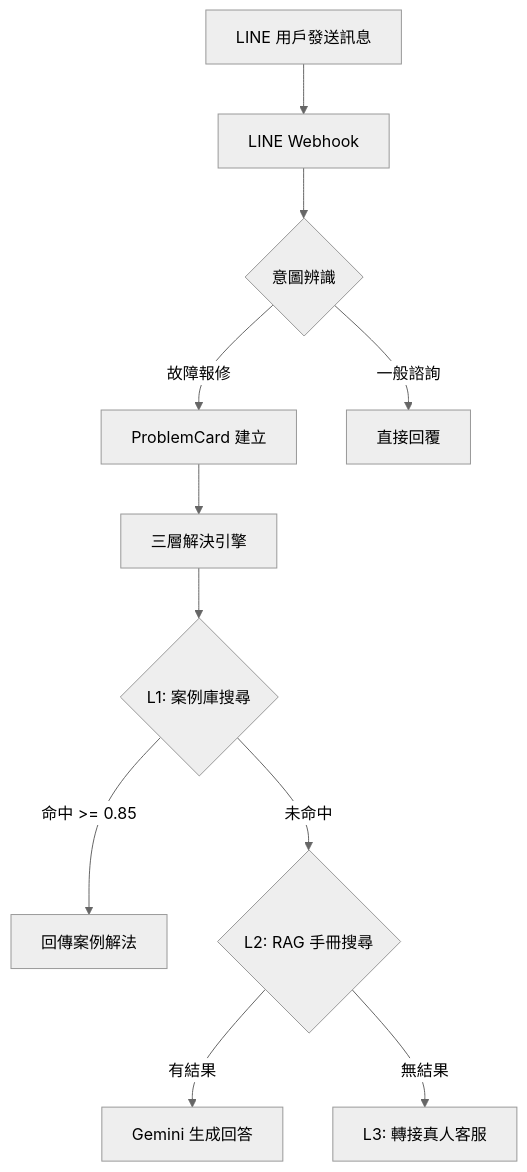
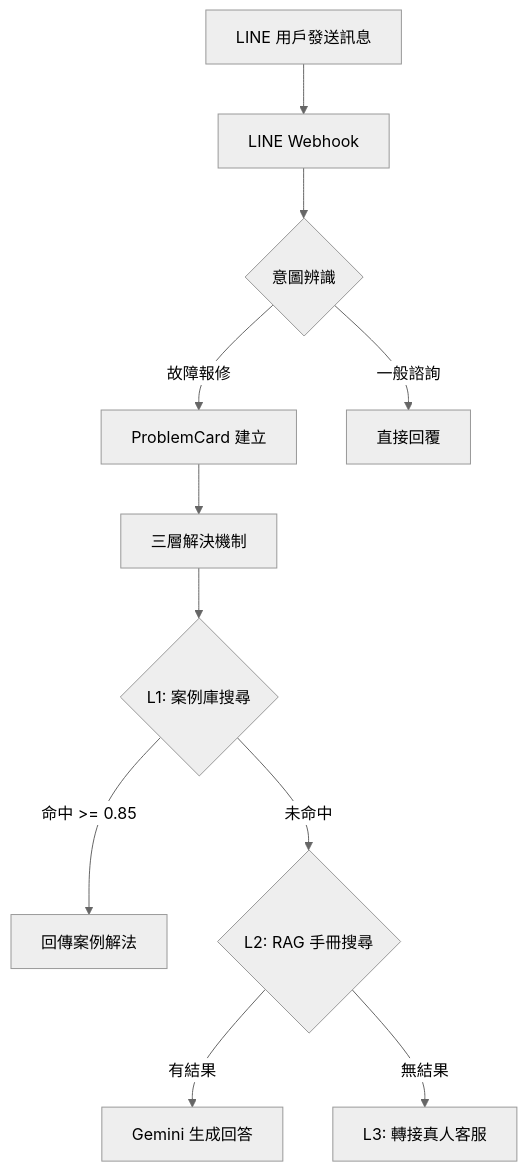
The first of 6 diagrams in docs/project-docs/15_documentation_and_maintenance_guide.md (sunnyDataScience/Smart-Lock_AI_Support_Service_Dispatch_SaaS_Platform), drawn with Mermaid (neutral theme) before and after one commit. The commit also changed other lines of this file and 20 other files, not shown here.

````diff
--- a/docs/project-docs/15_documentation_and_maintenance_guide.md
+++ b/docs/project-docs/15_documentation_and_maintenance_guide.md
@@ -364,13 +364,13 @@
 ```mermaid
 graph TD
     A[LINE 用戶發送訊息] --> B[LINE Webhook]
     B --> C{意圖辨識}
     C -->|故障報修| D[ProblemCard 建立]
     C -->|一般諮詢| E[直接回覆]
-    D --> F[三層解決引擎]
+    D --> F[三層解決機制]
     F --> G{L1: 案例庫搜尋}
     G -->|命中 >= 0.85| H[回傳案例解法]
     G -->|未命中| I{L2: RAG 手冊搜尋}
     I -->|有結果| J[Gemini 生成回答]
     I -->|無結果| K[L3: 轉接真人客服]
 ```
````
